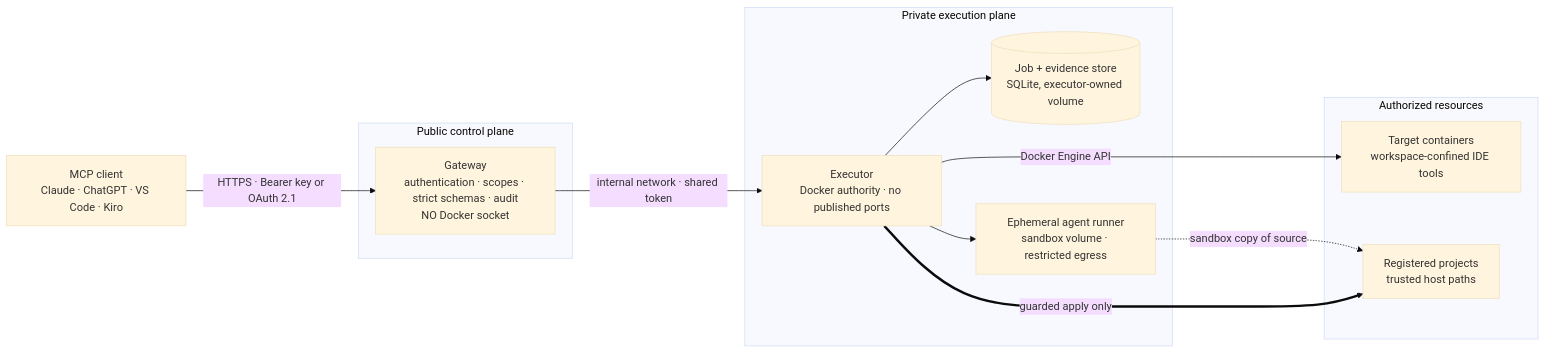
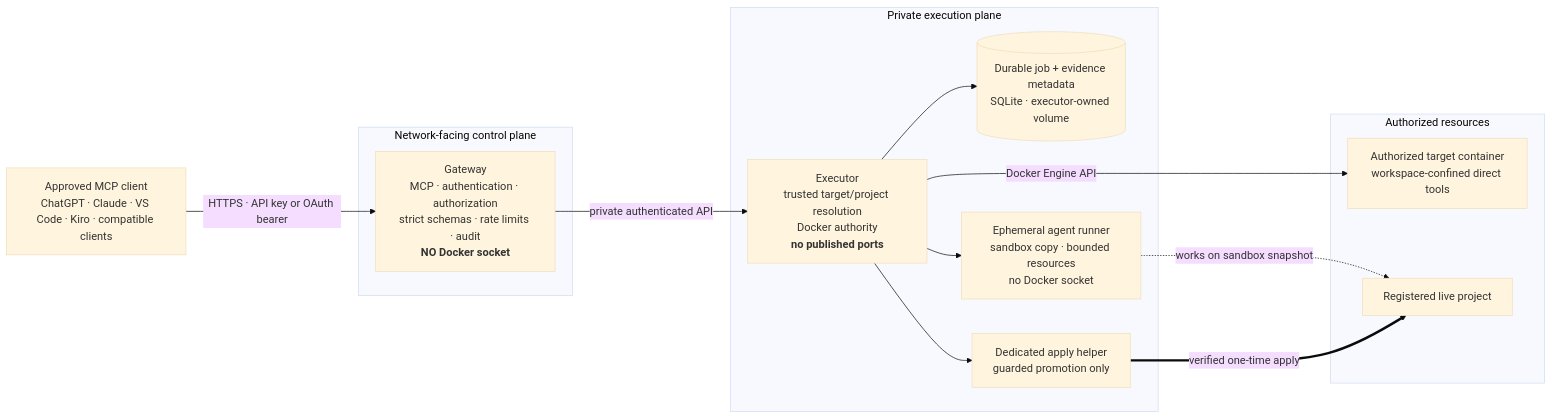
One commit to Herman940306/QuaranGate changed the first of 3 diagrams in README.md. Above: the diagram before and after it, drawn with Mermaid (base theme). The commit also changed other lines of this file and 12 other files, not shown here.

````diff
--- a/README.md
+++ b/README.md
@@ -116,27 +270,29 @@
 ```mermaid
 flowchart LR
-    C["MCP client<br/>Claude · ChatGPT · VS Code · Kiro"]
+    CLIENT["Approved MCP client<br/>ChatGPT · Claude · VS Code · Kiro · compatible clients"]
 
-    subgraph PUBLIC["Public control plane"]
-        G["Gateway<br/>authentication · scopes · strict schemas · audit<br/>NO Docker socket"]
+    subgraph EDGE["Network-facing control plane"]
+        GW["Gateway<br/>MCP · authentication · authorization<br/>strict schemas · rate limits · audit<br/><b>NO Docker socket</b>"]
     end
 
     subgraph PRIVATE["Private execution plane"]
-        E["Executor<br/>Docker authority · no published ports"]
-        J[("Job + evidence store<br/>SQLite, executor-owned volume")]
-        RUN["Ephemeral agent runner<br/>sandbox volume · restricted egress"]
+        EX["Executor<br/>trusted target/project resolution<br/>Docker authority<br/><b>no published ports</b>"]
+        DB[("Durable job + evidence metadata<br/>SQLite · executor-owned volume")]
+        RUN["Ephemeral agent runner<br/>sandbox copy · bounded resources<br/>no Docker socket"]
+        APPLY["Dedicated apply helper<br/>guarded promotion only"]
     end
 
-    subgraph RESOURCES["Authorized resources"]
-        T["Target containers<br/>workspace-confined IDE tools"]
-        P["Registered projects<br/>trusted host paths"]
+    subgraph RES["Authorized resources"]
+        TARGET["Authorized target container<br/>workspace-confined direct tools"]
+        PROJECT["Registered live project"]
     end
 
-    C -->|"HTTPS · Bearer key or OAuth 2.1"| G
-    G -->|"internal network · shared token"| E
-    E --> J
-    E --> RUN
-    E -->|"Docker Engine API"| T
-    RUN -.->|"sandbox copy of source"| P
-    E ==>|"guarded apply only"| P
+    CLIENT -->|"HTTPS · API key or OAuth bearer"| GW
+    GW -->|"private authenticated API"| EX
+    EX --> DB
+    EX -->|"Docker Engine API"| TARGET
+    EX --> RUN
+    RUN -.->|"works on sandbox snapshot"| PROJECT
+    EX --> APPLY
+    APPLY ==>|"verified one-time apply"| PROJECT
 ```
````
